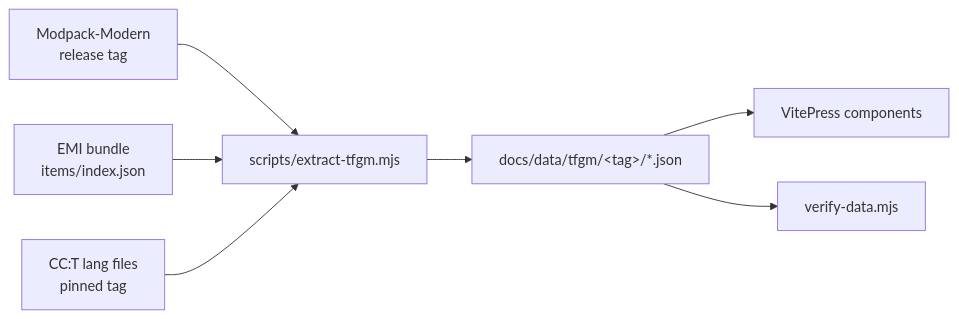
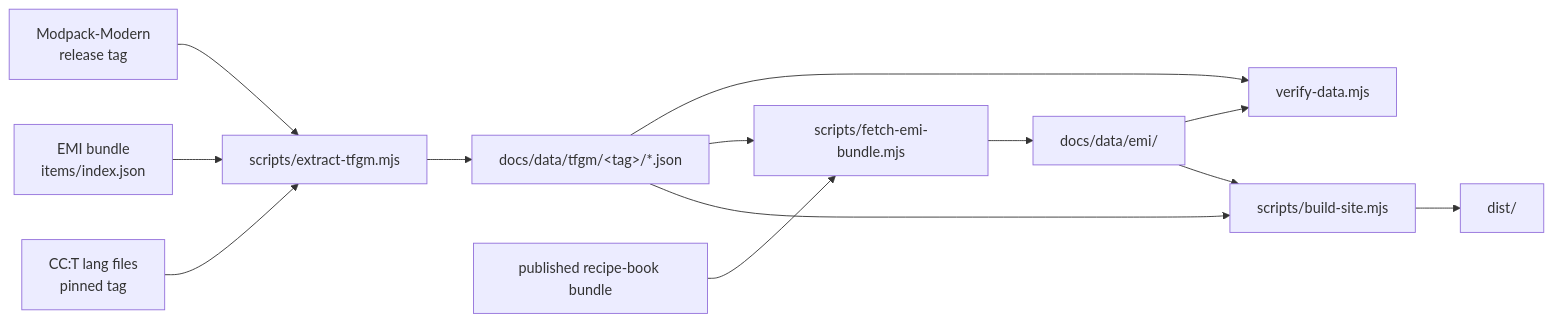
The diagram in docs/guide/data-pipeline.md (TerraFirmaGreg-Translation-CN/cctweaked4tfgm), drawn with Mermaid before and after one commit. The commit also changed other lines of this file and 172 other files, not shown here.

First line of the commit message:
feat(site): replace VitePress with tweaked.cc-style static site

````diff
--- a/docs/guide/data-pipeline.md
+++ b/docs/guide/data-pipeline.md
@@ -10,9 +10,15 @@
 ```mermaid
 graph LR
   A["Modpack-Modern<br/>release tag"] --> B["scripts/extract-tfgm.mjs"]
   C["EMI bundle<br/>items/index.json"] --> B
   D["CC:T lang files<br/>pinned tag"] --> B
   B --> E["docs/data/tfgm/&lt;tag&gt;/*.json"]
-  E --> F["VitePress components"]
   E --> G["verify-data.mjs"]
+  E --> H["scripts/fetch-emi-bundle.mjs"]
+  I["published recipe-book bundle"] --> H
+  H --> J["docs/data/emi/"]
+  J --> G
+  E --> F["scripts/build-site.mjs"]
+  J --> F
+  F --> K["dist/"]
 ```
````
